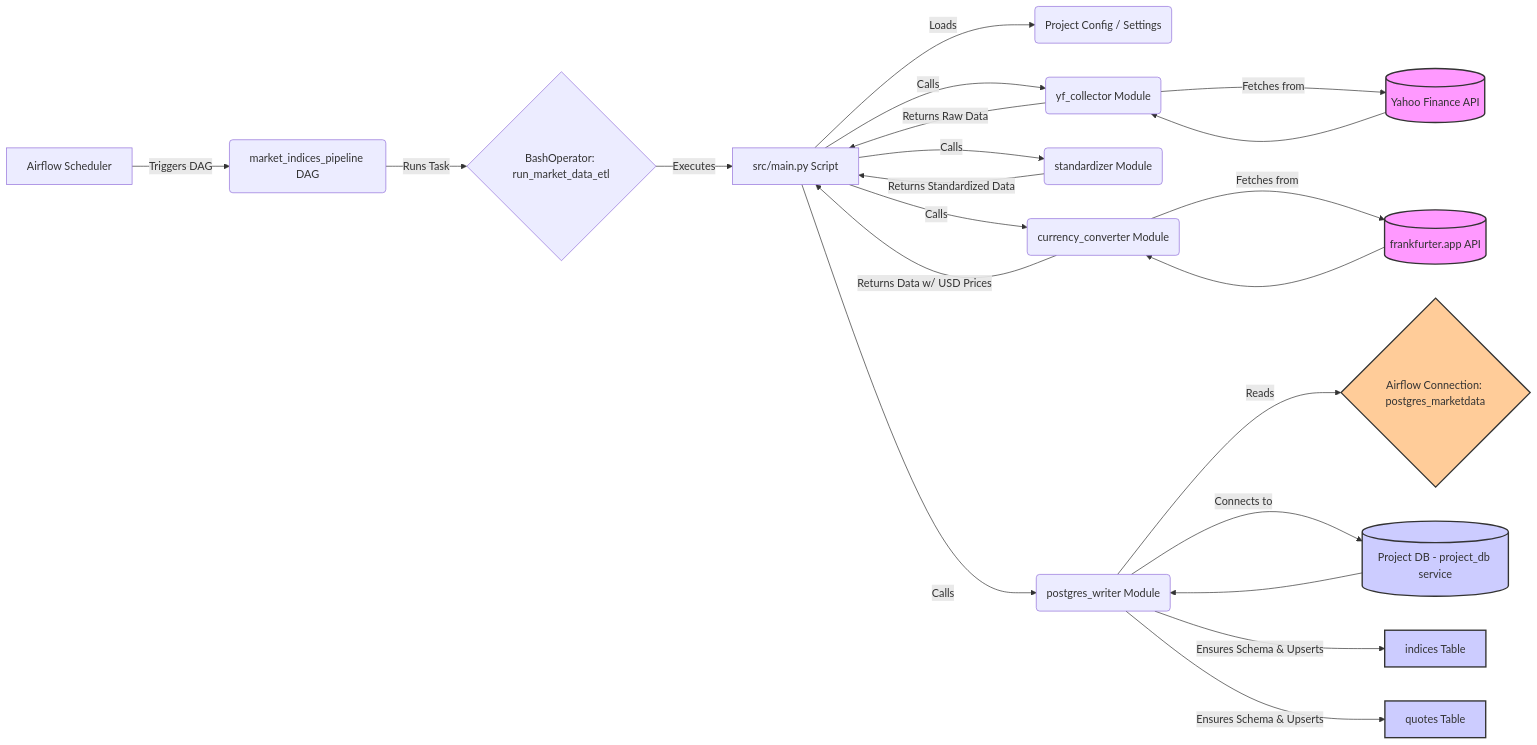
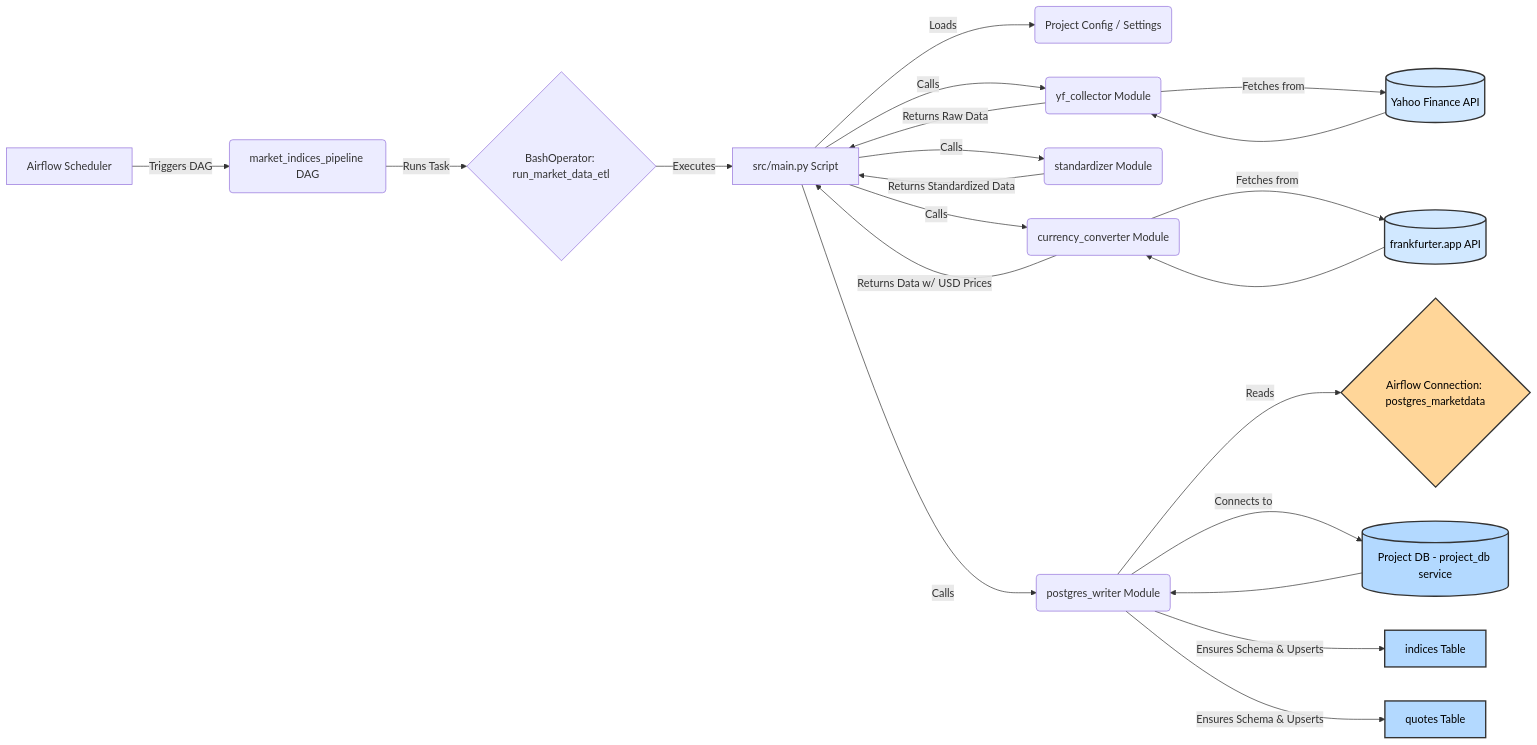
The diagram in README.md (0x22B9/Global-Market-Index-ETL), drawn with Mermaid before and after one commit.

````diff
--- a/README.md
+++ b/README.md
@@ -70,30 +70,30 @@
 ```mermaid
 graph LR
     A[Airflow Scheduler] -- Triggers DAG --> B(market_indices_pipeline DAG);
     B -- Runs Task --> C{BashOperator: run_market_data_etl};
     C -- Executes --> D[src/main.py Script];
     D -- Loads --> X(Project Config / Settings);
     D -- Calls --> E(yf_collector Module);
     E -- Fetches from --> F[(Yahoo Finance API)];
     F --> E;
     E -- Returns Raw Data --> D;
     D -- Calls --> G(standardizer Module);
     G -- Returns Standardized Data --> D;
     D -- Calls --> H(currency_converter Module);
     H -- Fetches from --> I[(frankfurter.app API)];
     I --> H;
     H -- Returns Data w/ USD Prices --> D;
     D -- Calls --> J(postgres_writer Module);
     J -- Reads --> K{Airflow Connection: postgres_marketdata};
     J -- Connects to --> L[(Project DB - project_db service)];
     J -- Ensures Schema & Upserts --> M[indices Table];
     J -- Ensures Schema & Upserts --> N[quotes Table];
     L --> J;
 
-    style F fill:#f9f,stroke:#333,stroke-width:2px
-    style I fill:#f9f,stroke:#333,stroke-width:2px
-    style L fill:#ccf,stroke:#333,stroke-width:2px
-    style M fill:#ccf,stroke:#333,stroke-width:2px
-    style N fill:#ccf,stroke:#333,stroke-width:2px
-    style K fill:#FFCC99,stroke:#333,stroke-width:2px
+    style F fill:#D1E8FF,stroke:#333,stroke-width:2px,color:#000
+    style I fill:#D1E8FF,stroke:#333,stroke-width:2px,color:#000
+    style L fill:#B3D9FF,stroke:#333,stroke-width:2px,color:#000
+    style M fill:#B3D9FF,stroke:#333,stroke-width:2px,color:#000
+    style N fill:#B3D9FF,stroke:#333,stroke-width:2px,color:#000
+    style K fill:#FFD699,stroke:#333,stroke-width:2px,color:#000
 ```
````
